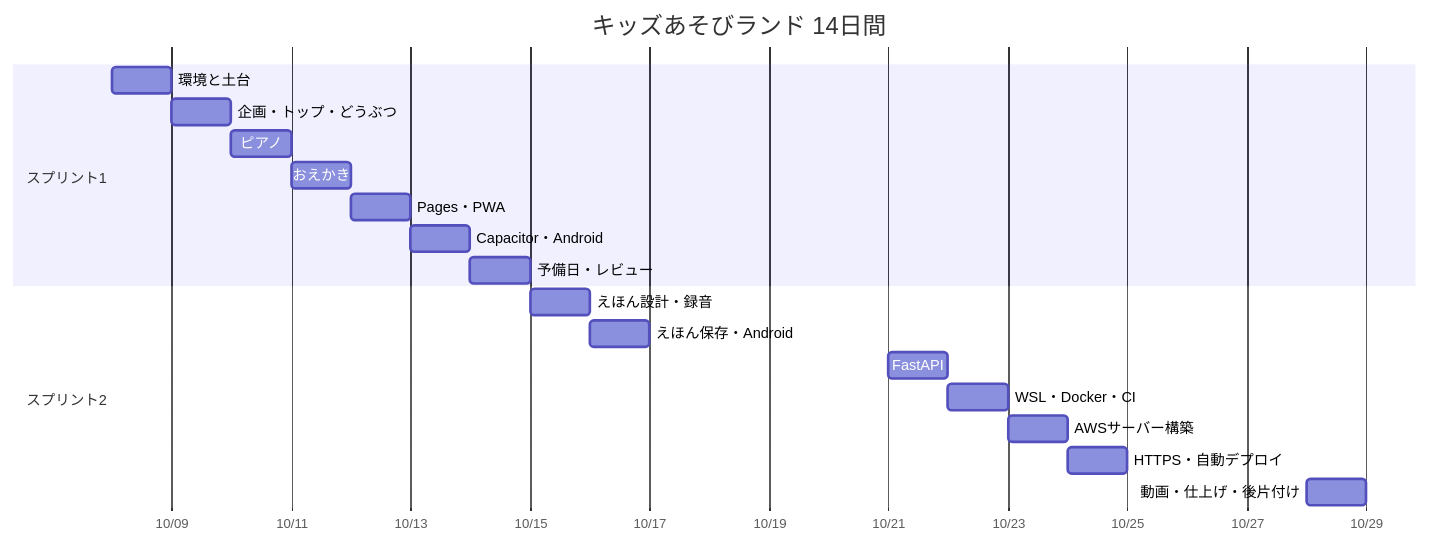
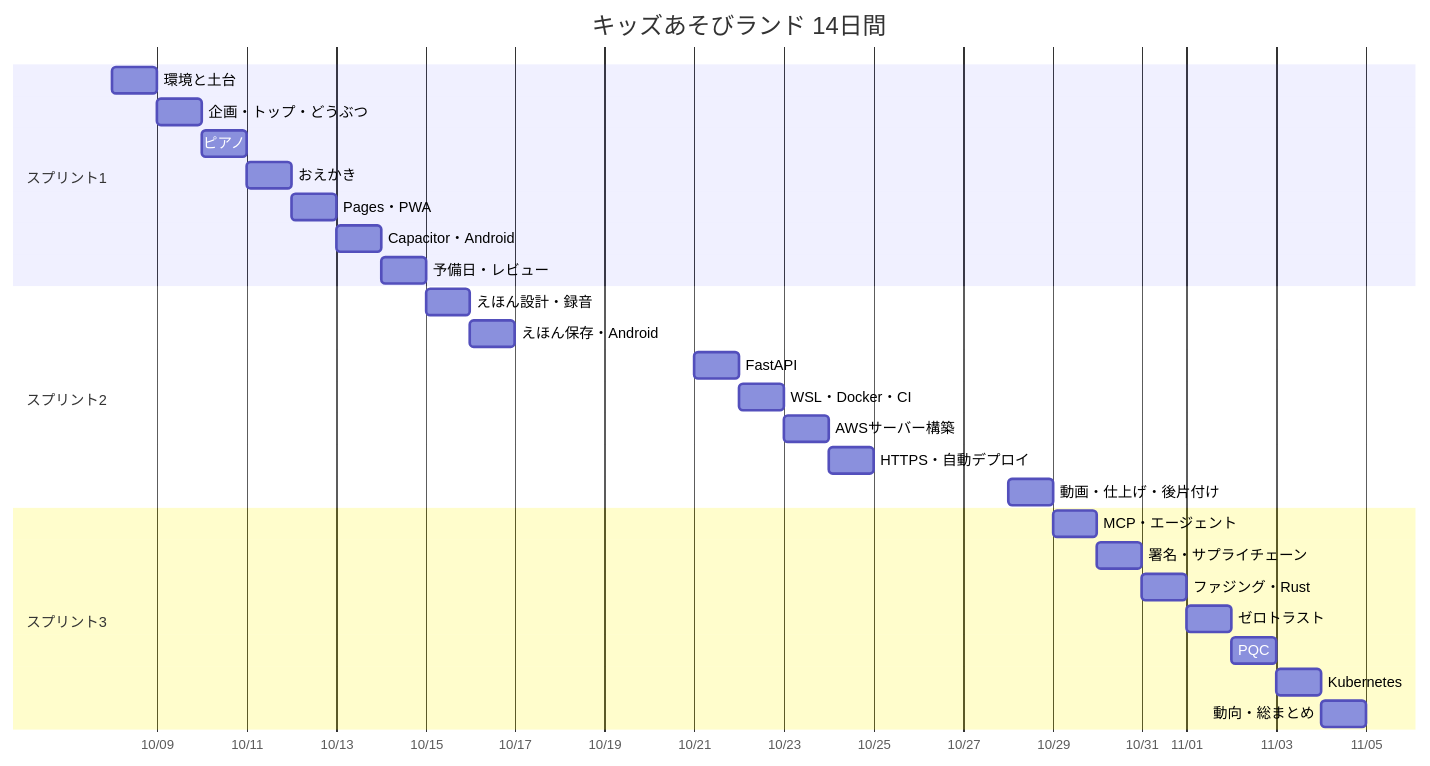
Before and after one commit to Hayato-F110/kids-play: the diagram in docs/plan.md, drawn with Mermaid. The commit also changed other lines of this file and 1 other file, not shown here.

First line of the commit message:
KIDS-50 docs: スプリント3（15〜21日目）の計画と Jira 用の CSV を追加する

````diff
--- a/docs/plan.md
+++ b/docs/plan.md
@@ -18,22 +20,30 @@
 ```mermaid
 gantt
     title キッズあそびランド 14日間
     dateFormat YYYY-MM-DD
     axisFormat %m/%d
     section スプリント1
     環境と土台            :d1, 2026-10-08, 1d
     企画・トップ・どうぶつ  :d2, after d1, 1d
     ピアノ                :d3, after d2, 1d
     おえかき              :d4, after d3, 1d
     Pages・PWA            :d5, after d4, 1d
     Capacitor・Android    :d6, after d5, 1d
     予備日・レビュー       :d7, after d6, 1d
     section スプリント2
     えほん設計・録音       :d8, after d7, 1d
     えほん保存・Android    :d9, after d8, 1d
     FastAPI               :d10, 2026-10-21, 1d
     WSL・Docker・CI       :d11, after d10, 1d
     AWSサーバー構築        :d12, after d11, 1d
     HTTPS・自動デプロイ    :d13, after d12, 1d
     動画・仕上げ・後片付け  :d14, 2026-10-28, 1d
+    section スプリント3
+    MCP・エージェント      :d15, after d14, 1d
+    署名・サプライチェーン  :d16, after d15, 1d
+    ファジング・Rust       :d17, after d16, 1d
+    ゼロトラスト           :d18, after d17, 1d
+    PQC                   :d19, after d18, 1d
+    Kubernetes            :d20, after d19, 1d
+    動向・総まとめ         :d21, after d20, 1d
 ```
````
